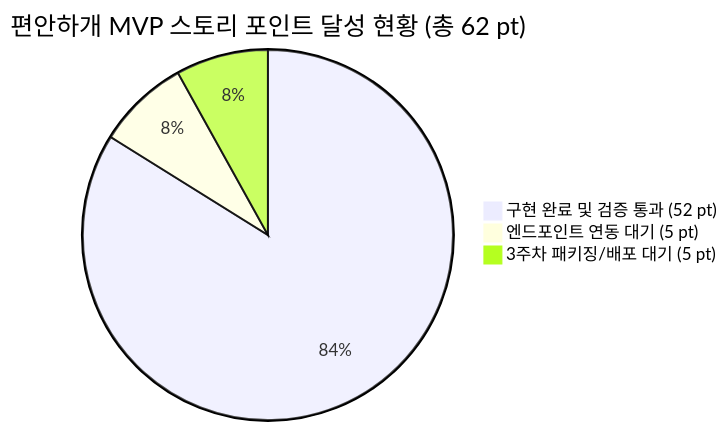
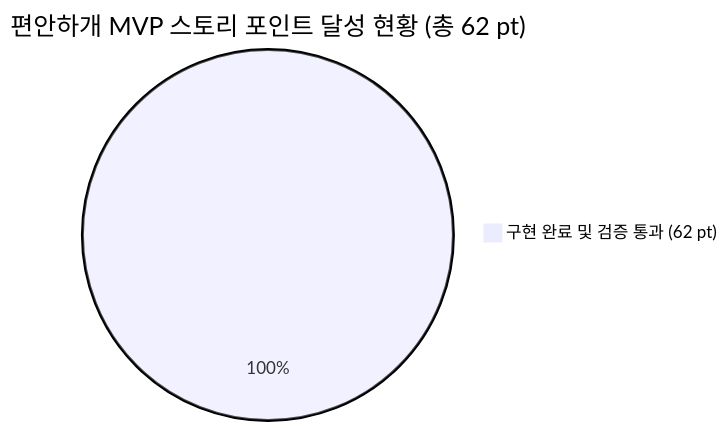
Before and after one commit to gigantess/pet_walk_t01: the first of 3 diagrams in docs/reports/01_편안하개_Agile_사용자스토리_기반_종합_현황분석_보고서.md, drawn with Mermaid. The commit also changed other lines of this file and 73 other files, not shown here.

````diff
--- a/docs/reports/01_편안하개_Agile_사용자스토리_기반_종합_현황분석_보고서.md
+++ b/docs/reports/01_편안하개_Agile_사용자스토리_기반_종합_현황분석_보고서.md
@@ -21,6 +21,4 @@
 ```mermaid
 pie title 편안하개 MVP 스토리 포인트 달성 현황 (총 62 pt)
-    "구현 완료 및 검증 통과 (52 pt)" : 52
-    "엔드포인트 연동 대기 (5 pt)" : 5
-    "3주차 패키징/배포 대기 (5 pt)" : 5
+    "구현 완료 및 검증 통과 (62 pt)" : 62
 ```
````
